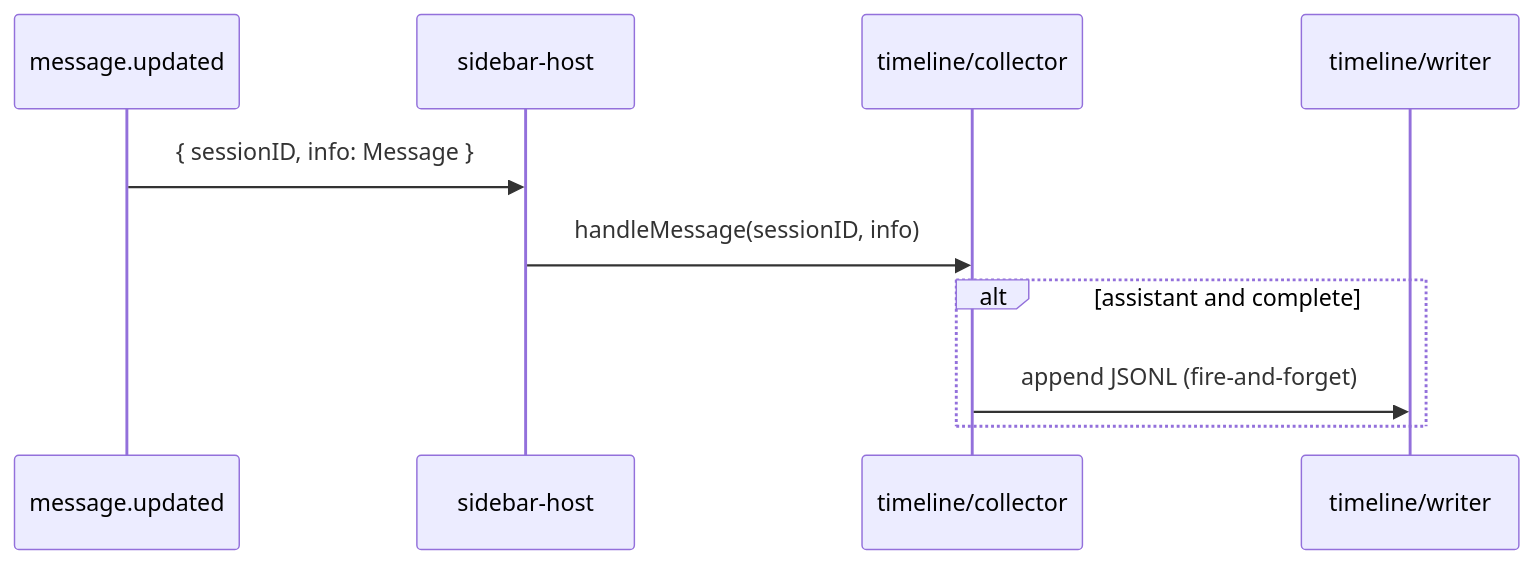
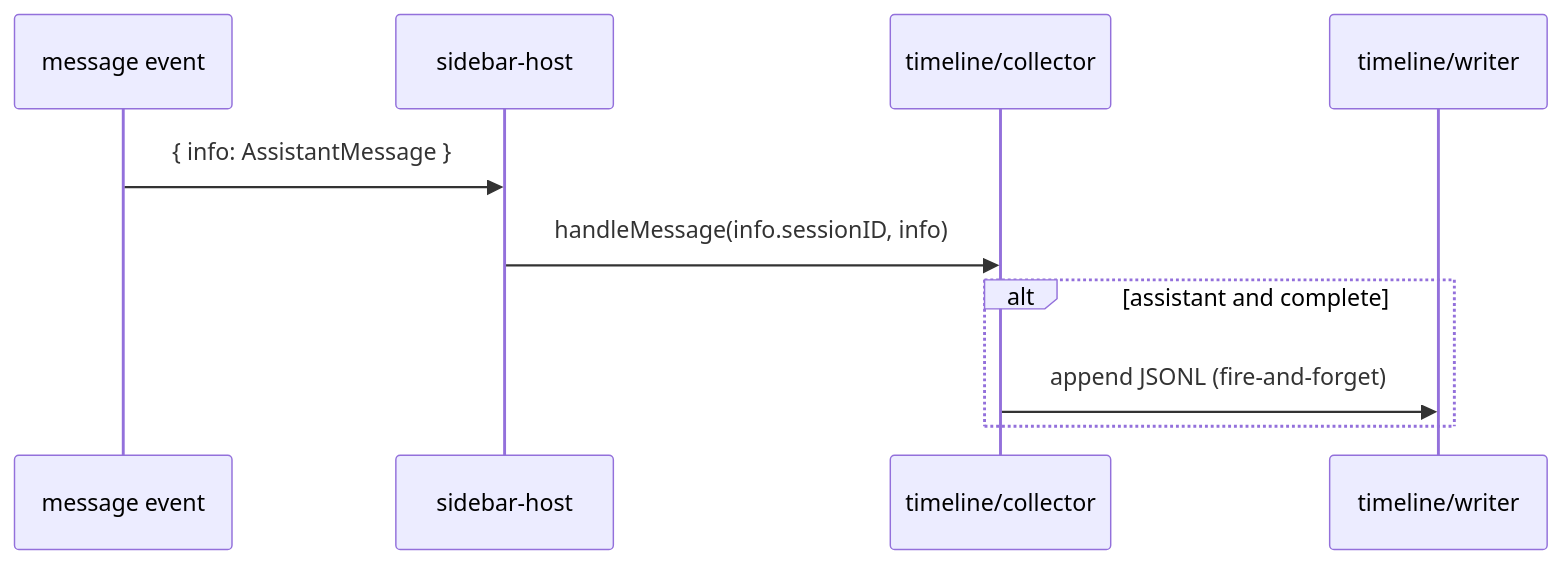
The second of 2 diagrams in docs/en/timeline.md (devnakx/opencode-cache-hit), drawn with Mermaid before and after one commit. The commit also changed other lines of this file and 55 other files, not shown here.

````diff
--- a/docs/en/timeline.md
+++ b/docs/en/timeline.md
@@ -280,13 +284,13 @@
 ```mermaid
 sequenceDiagram
-  participant E as message.updated
+  participant E as message event
   participant H as sidebar-host
   participant C as timeline/collector
   participant W as timeline/writer
 
-  E->>H: { sessionID, info: Message }
-  H->>C: handleMessage(sessionID, info)
+  E->>H: { info: AssistantMessage }
+  H->>C: handleMessage(info.sessionID, info)
   alt assistant and complete
     C->>W: append JSONL (fire-and-forget)
   end
 ```
````
